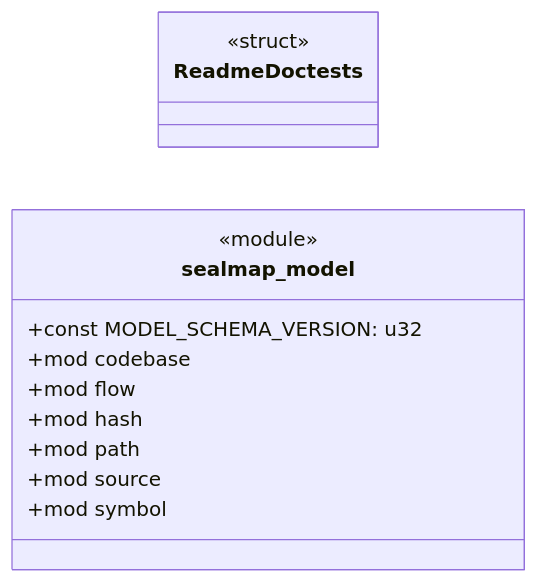
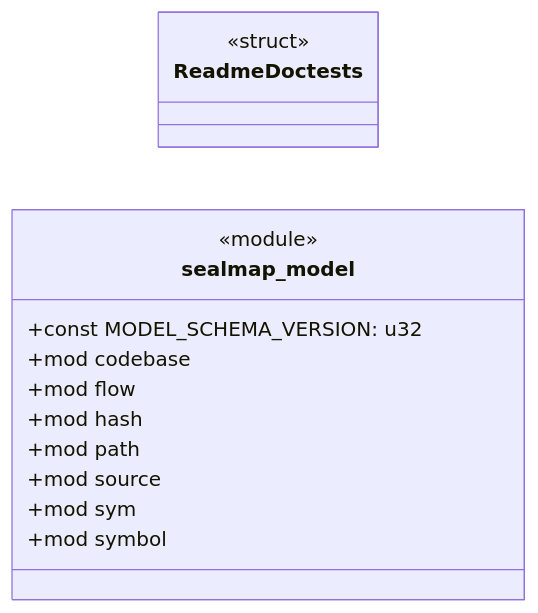
One commit to DreamLab-AI/codemaid changed the diagram in docs/sealmap/crates/sealmap-model/src/lib.rs.md. Above: the diagram before and after it, drawn with Mermaid. The commit also changed other lines of this file and 45 other files, not shown here.

First line of the commit message:
docs: regenerate the self-corpus for sym: ids and schema v2

````diff
--- a/docs/sealmap/crates/sealmap-model/src/lib.rs.md
+++ b/docs/sealmap/crates/sealmap-model/src/lib.rs.md
@@ -14,17 +14,18 @@
 ```mermaid
 classDiagram
   direction LR
-  class sealmap_model__ReadmeDoctests["ReadmeDoctests"] {
+  class sealmap_model___tReadmeDoctests["ReadmeDoctests"] {
     <<struct>>
   }
   class sealmap_model {
     <<module>>
     +const MODEL_SCHEMA_VERSION: u32
     +mod codebase
     +mod flow
     +mod hash
     +mod path
     +mod source
+    +mod sym
     +mod symbol
   }
 ```
````
